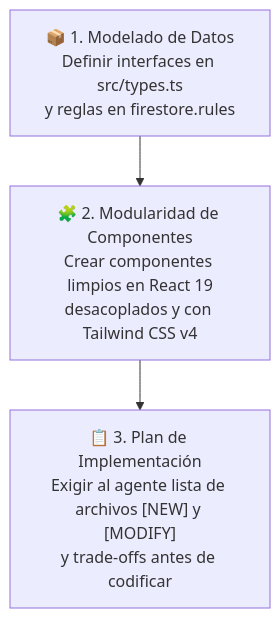
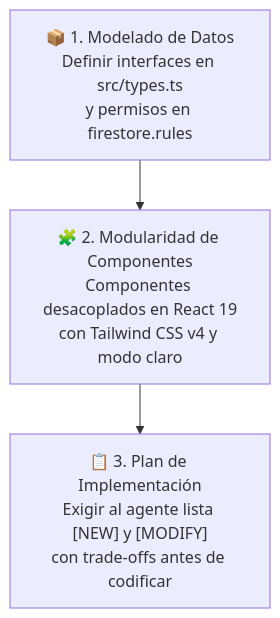
The second of 2 diagrams in ESTUDIANTES.md (CaBsCrypto/radar), drawn with Mermaid before and after one commit. The commit also changed other lines of this file and 1 other file, not shown here.

Commit message:
docs: enrich ESTUDIANTES.md with engineering antipatterns and expand AGENTS.md with full architecture contract

````diff
--- a/ESTUDIANTES.md
+++ b/ESTUDIANTES.md
@@ -56,8 +56,8 @@
 ```mermaid
 flowchart TD
-    P1["📦 1. Modelado de Datos<br/>Definir interfaces en src/types.ts<br/>y reglas en firestore.rules"]
-    P2["🧩 2. Modularidad de Componentes<br/>Crear componentes limpios en React 19<br/>desacoplados y con Tailwind CSS v4"]
-    P3["📋 3. Plan de Implementación<br/>Exigir al agente lista de archivos [NEW] y [MODIFY]<br/>y trade-offs antes de codificar"]
+    P1["📦 1. Modelado de Datos<br/>Definir interfaces en src/types.ts<br/>y permisos en firestore.rules"]
+    P2["🧩 2. Modularidad de Componentes<br/>Componentes desacoplados en React 19<br/>con Tailwind CSS v4 y modo claro"]
+    P3["📋 3. Plan de Implementación<br/>Exigir al agente lista [NEW] y [MODIFY]<br/>con trade-offs antes de codificar"]
     
     P1 --> P2 --> P3
 ```
````
